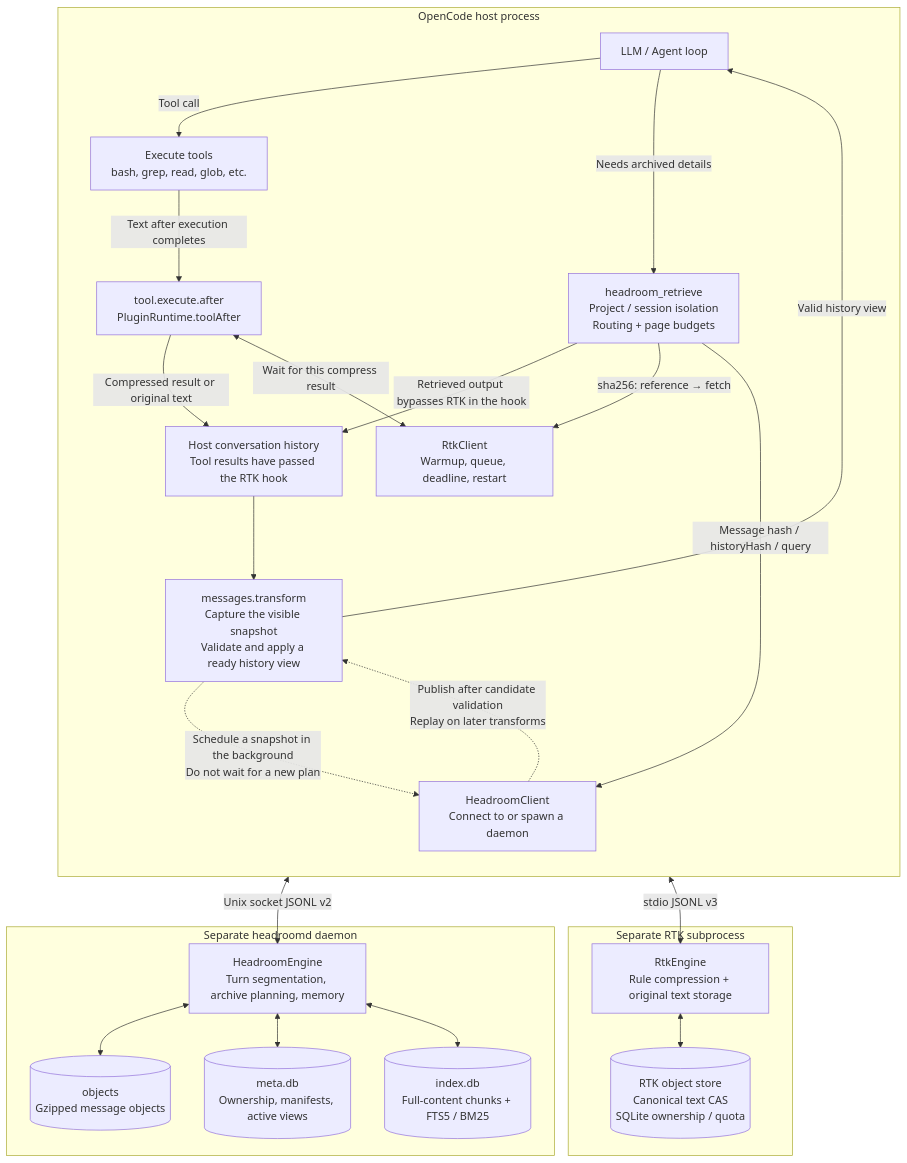
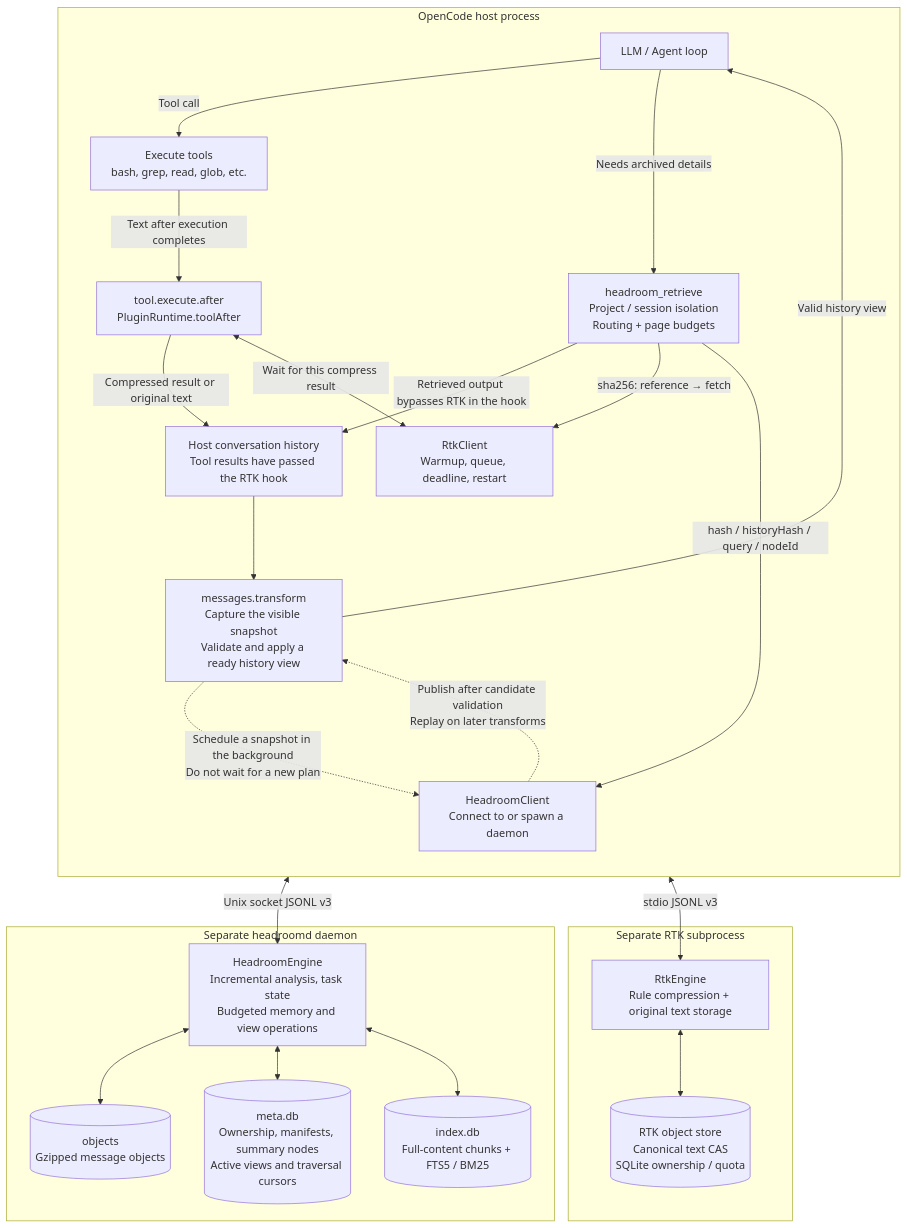
Before and after one commit to EthyleneC2H4/Bluecode: the first of 3 diagrams in README.md, drawn with Mermaid. The commit also changed other lines of this file and 2 other files, not shown here.

Commit message:
docs: refresh headroom architecture and evaluation results

````diff
--- a/README.md
+++ b/README.md
@@ -26,46 +28,46 @@
 ```mermaid
 flowchart TB
     subgraph HOST["OpenCode host process"]
         direction TB
         LLM["LLM / Agent loop"]
         TOOL["Execute tools<br/>bash, grep, read, glob, etc."]
         AFTER["tool.execute.after<br/>PluginRuntime.toolAfter"]
         HISTORY["Host conversation history<br/>Tool results have passed the RTK hook"]
         TRANSFORM["messages.transform<br/>Capture the visible snapshot<br/>Validate and apply a ready history view"]
         RETRIEVE["headroom_retrieve<br/>Project / session isolation<br/>Routing + page budgets"]
         RC["RtkClient<br/>Warmup, queue, deadline, restart"]
         HC["HeadroomClient<br/>Connect to or spawn a daemon"]
 
         LLM -->|"Tool call"| TOOL
         TOOL -->|"Text after execution completes"| AFTER
         AFTER -->|"Compressed result or original text"| HISTORY
         HISTORY --> TRANSFORM
         TRANSFORM -->|"Valid history view"| LLM
         LLM -->|"Needs archived details"| RETRIEVE
         RETRIEVE -->|"Retrieved output bypasses RTK in the hook"| HISTORY
         AFTER <-->|"Wait for this compress result"| RC
         TRANSFORM -.->|"Schedule a snapshot in the background<br/>Do not wait for a new plan"| HC
         HC -.->|"Publish after candidate validation<br/>Replay on later transforms"| TRANSFORM
         RETRIEVE -->|"sha256: reference → fetch"| RC
-        RETRIEVE -->|"Message hash / historyHash / query"| HC
+        RETRIEVE -->|"hash / historyHash / query / nodeId"| HC
     end
 
     subgraph RTK["Separate RTK subprocess"]
         RE["RtkEngine<br/>Rule compression + original text storage"]
         RS[("RTK object store<br/>Canonical text CAS<br/>SQLite ownership / quota")]
         RE <--> RS
     end
 
     subgraph HR["Separate headroomd daemon"]
-        HE["HeadroomEngine<br/>Turn segmentation, archive planning, memory"]
+        HE["HeadroomEngine<br/>Incremental analysis, task state<br/>Budgeted memory and view operations"]
         HO[("objects<br/>Gzipped message objects")]
-        HM[("meta.db<br/>Ownership, manifests, active views")]
+        HM[("meta.db<br/>Ownership, manifests, summary nodes<br/>Active views and traversal cursors")]
         HI[("index.db<br/>Full-content chunks + FTS5 / BM25")]
         HE <--> HO
         HE <--> HM
         HE <--> HI
     end
 
     RC <-->|"stdio JSONL v3"| RE
-    HC <-->|"Unix socket JSONL v2"| HE
+    HC <-->|"Unix socket JSONL v3"| HE
 ```
````
